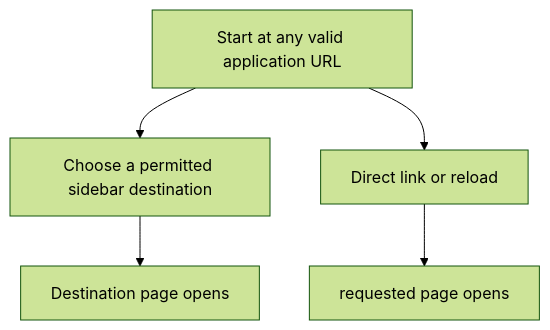
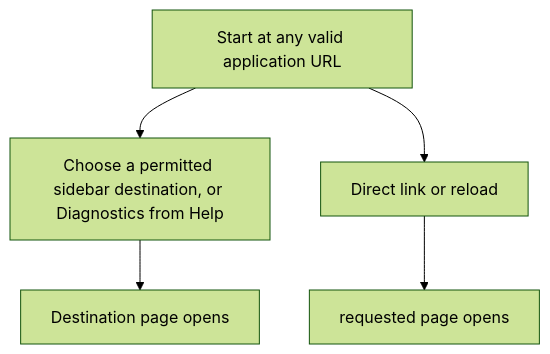
One commit to Kevinjohn/capacitylens changed the first of 2 diagrams in user-stories/navigation/US-NAV-01-navigate-sections.md. Above: the diagram before and after it, drawn with Mermaid (forest theme). The commit also changed other lines of this file and 35 other files, not shown here.

````diff
--- a/user-stories/navigation/US-NAV-01-navigate-sections.md
+++ b/user-stories/navigation/US-NAV-01-navigate-sections.md
@@ -21,12 +21,12 @@
 ```mermaid
 flowchart TD
   human1["Start at any valid application URL"]
-  human2["Choose a permitted sidebar destination"]
+  human2["Choose a permitted sidebar destination, or Diagnostics from Help"]
   human3["Destination page opens"]
   human4["Direct link or reload"]
   human5["requested page opens"]
   human1 --> human2
   human2 --> human3
   human1 --> human4
   human4 --> human5
 ```
````
